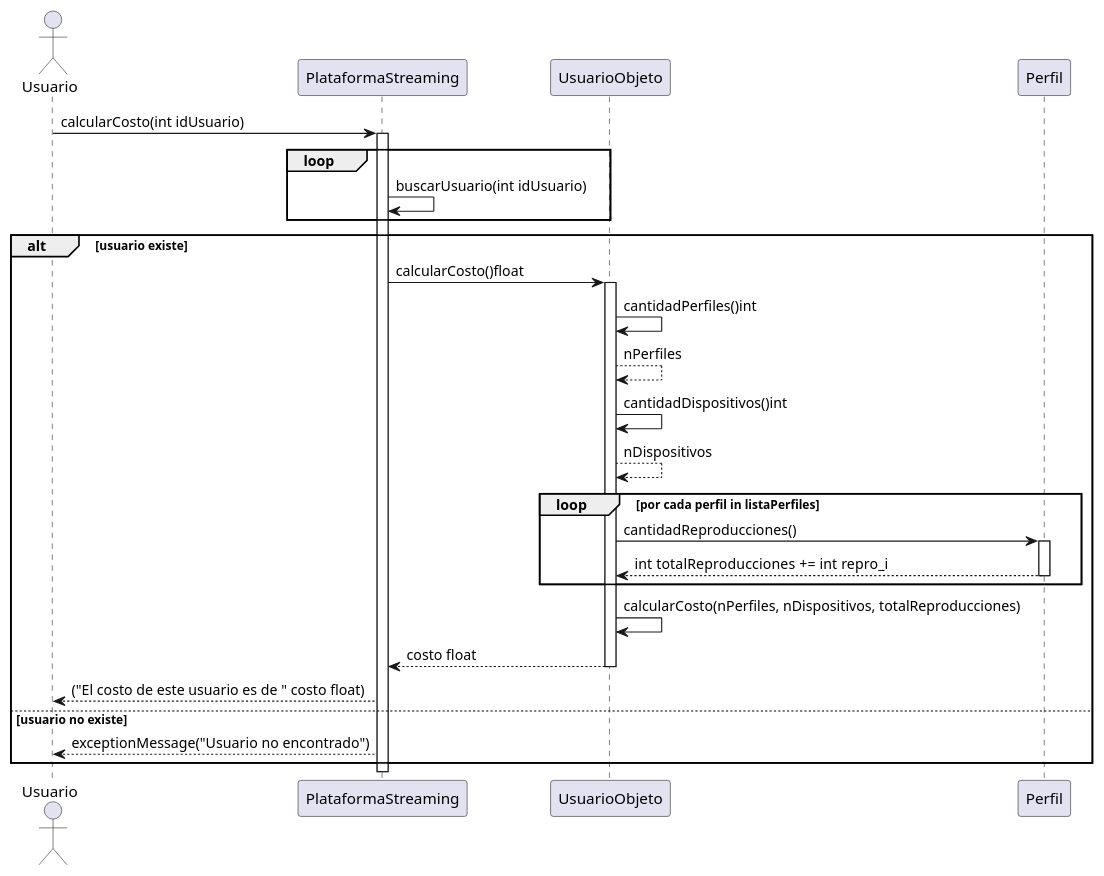
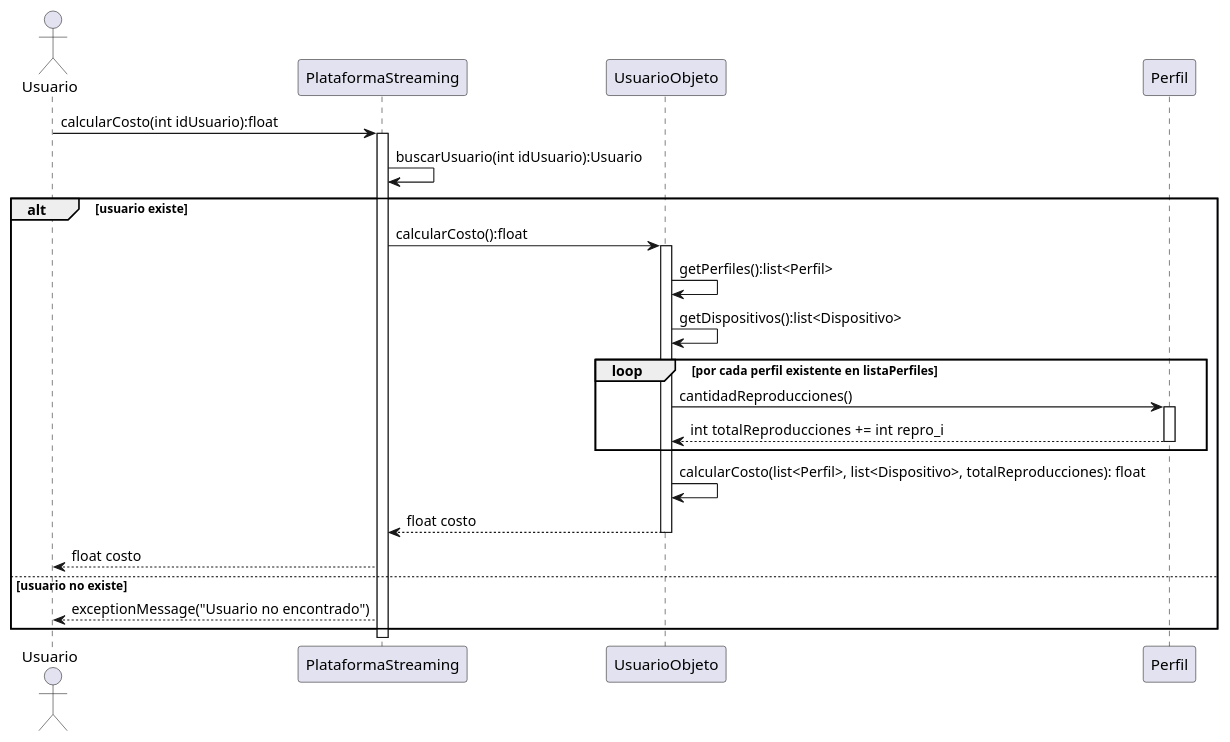
Before and after one commit to bernardoFac/poo_tn_25_1c: the diagram in reformSec2.puml, drawn with PlantUML. The commit also changed 5 other files, not shown here.

```diff
--- a/reformSec2.puml
+++ b/reformSec2.puml
@@ -1,39 +1,31 @@
 @startuml
 actor Usuario
 participant PlataformaStreaming as PS
 participant UsuarioObjeto       as U
 participant Perfil           as P
 
-Usuario -> PS : calcularCosto(int idUsuario)
+Usuario -> PS : calcularCosto(int idUsuario):float
 activate PS
-
-loop
-  PS -> PS : buscarUsuario(int idUsuario)
-end
+PS -> PS : buscarUsuario(int idUsuario):Usuario
 alt usuario existe
-  PS -> U : calcularCosto()float
+  PS -> U : calcularCosto():float
   activate U
 
-  U -> U : cantidadPerfiles()int
-  U --> U : nPerfiles
-
-  U -> U : cantidadDispositivos()int
-  U --> U : nDispositivos
-
-  loop por cada perfil in listaPerfiles
+  U -> U : getPerfiles():list<Perfil>
+  U -> U : getDispositivos():list<Dispositivo>
+  loop por cada perfil existente en listaPerfiles
     U -> P : cantidadReproducciones()
     activate P
     P --> U : int totalReproducciones  += int repro_i
     deactivate P
   end
-
-  U -> U : calcularCosto(nPerfiles, nDispositivos, totalReproducciones)
-  U --> PS : costo float
+  U -> U : calcularCosto(list<Perfil>, list<Dispositivo>, totalReproducciones): float
+  U --> PS : float costo
   deactivate U
 
-  PS --> Usuario : ("El costo de este usuario es de " costo float)
+  PS --> Usuario : float costo
 else usuario no existe
   PS --> Usuario : exceptionMessage("Usuario no encontrado")
 end
 
 @enduml
```
